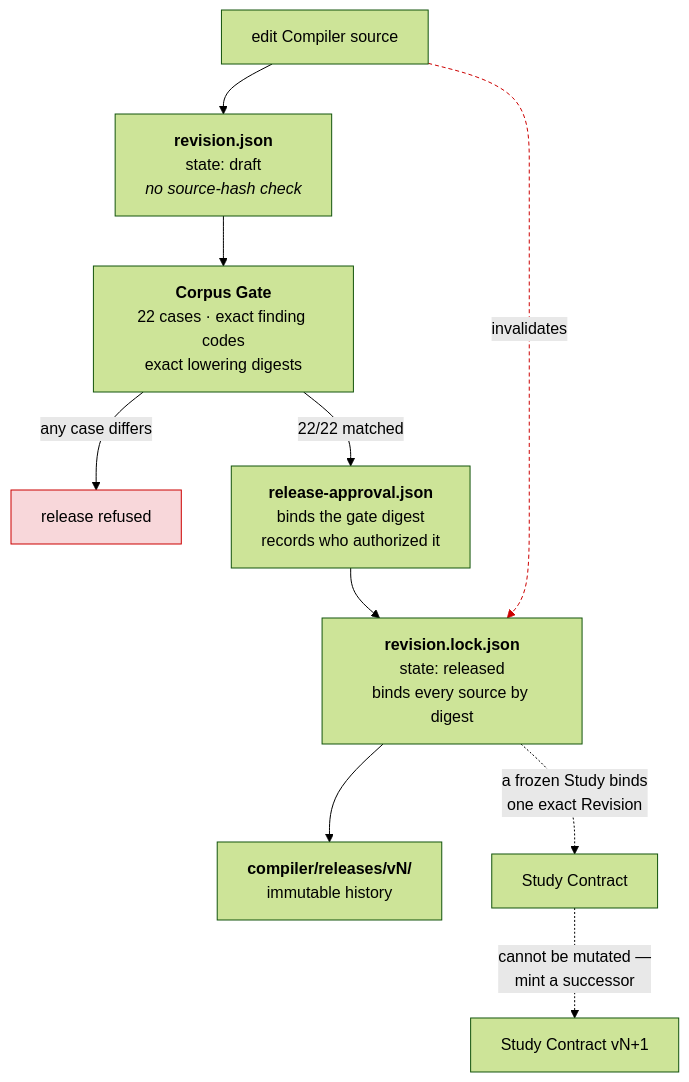
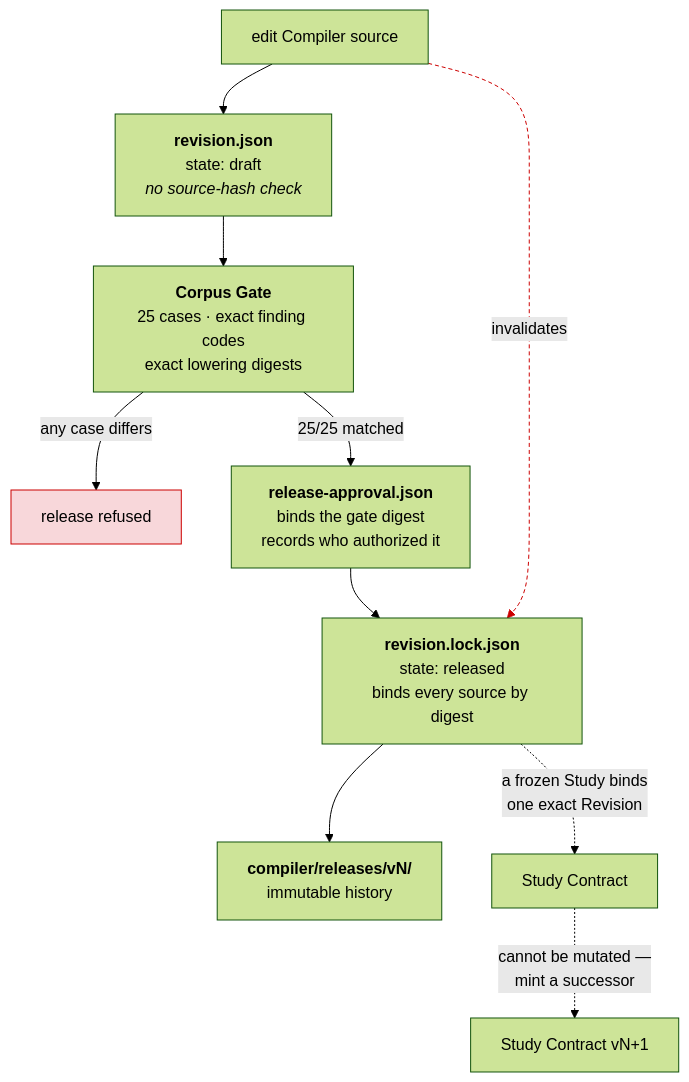
One commit to qhy991/open-cake-ir changed the sixth of 7 diagrams in docs/ARCHITECTURE.md. Above: the diagram before and after it, drawn with Mermaid (forest theme). The commit also changed other lines of this file and 50 other files, not shown here.

````diff
--- a/docs/ARCHITECTURE.md
+++ b/docs/ARCHITECTURE.md
@@ -223,16 +232,16 @@
 ```mermaid
 graph TD
     E["edit Compiler source"] --> D["<b>revision.json</b><br/>state: draft<br/><i>no source-hash check</i>"]
-    D --> G["<b>Corpus Gate</b><br/>22 cases · exact finding codes<br/>exact lowering digests"]
+    D --> G["<b>Corpus Gate</b><br/>25 cases · exact finding codes<br/>exact lowering digests"]
     G -->|"any case differs"| STOP["release refused"]
-    G -->|"22/22 matched"| AP["<b>release-approval.json</b><br/>binds the gate digest<br/>records who authorized it"]
+    G -->|"25/25 matched"| AP["<b>release-approval.json</b><br/>binds the gate digest<br/>records who authorized it"]
     AP --> L["<b>revision.lock.json</b><br/>state: released<br/>binds every source by digest"]
     L --> AR["<b>compiler/releases/vN/</b><br/>immutable history"]
 
     L -.->|"a frozen Study binds<br/>one exact Revision"| SC["Study Contract"]
     E -.->|"invalidates"| L
     SC -.->|"cannot be mutated —<br/>mint a successor"| SC2["Study Contract vN+1"]
 
     style STOP fill:#f8d7da,stroke:#c00
     linkStyle 7 stroke:#c00,stroke-dasharray:4 3
 ```
````
